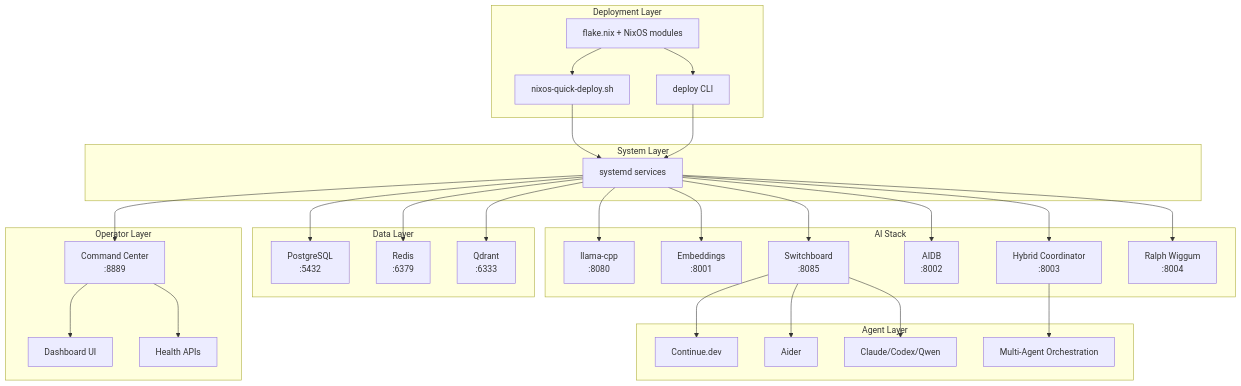
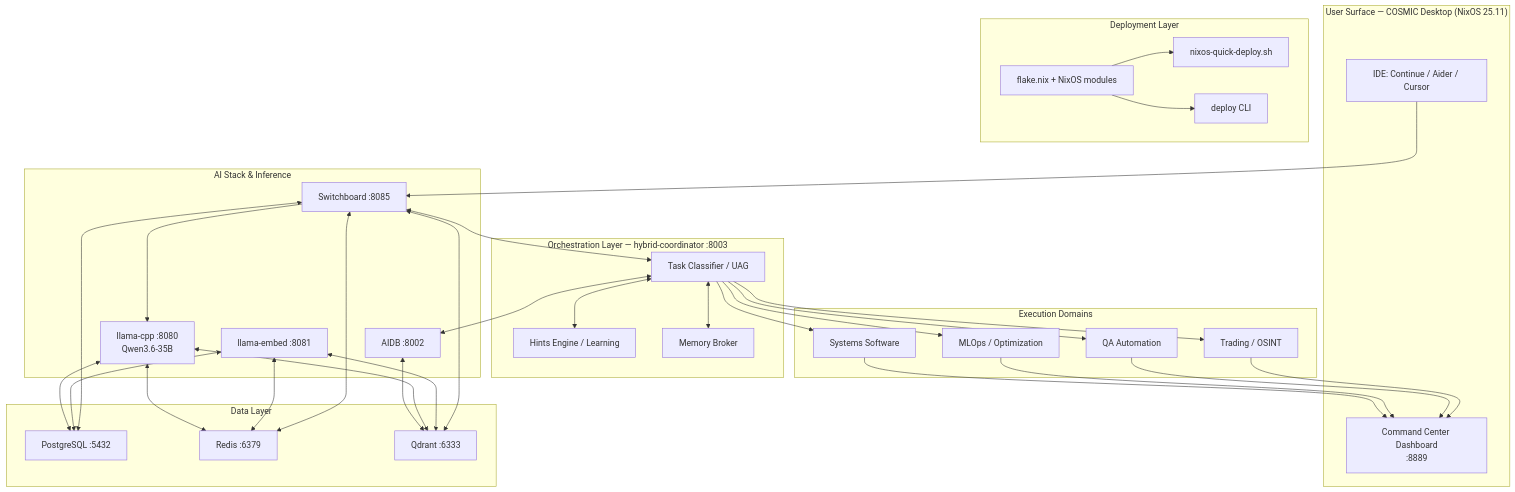
The diagram in README.md (MasterofNull/NixOS-Dev-Quick-Deploy), drawn with Mermaid before and after one commit. The commit also changed other lines of this file and 5 other files, not shown here.

First line of the commit message:
docs(readme): modernize system diagrams, pulse, and functional domains for external review

````diff
--- a/README.md
+++ b/README.md
@@ -113,40 +147,50 @@
 ```mermaid
 flowchart TD
+    subgraph UI["User Surface — COSMIC Desktop (NixOS 25.11)"]
+        Dash[Command Center Dashboard<br/>:8889]
+        IDE[IDE: Continue / Aider / Cursor]
+    end
+
     subgraph "Deployment Layer"
         A[flake.nix + NixOS modules] --> B[nixos-quick-deploy.sh]
         A --> C[deploy CLI]
     end
 
-    subgraph "System Layer"
-        B --> D[systemd services]
-        C --> D
+    subgraph "Orchestration Layer — hybrid-coordinator :8003"
+        I[Task Classifier / UAG]
+        H[Hints Engine / Learning]
+        M[Memory Broker]
     end
 
-    subgraph "AI Stack"
-        D --> E[llama-cpp<br/>:8080]
-        D --> F[Embeddings<br/>:8001]
-        D --> G[Switchboard<br/>:8085]
-        D --> H[AIDB<br/>:8002]
-        D --> I[Hybrid Coordinator<br/>:8003]
-        D --> J[Ralph Wiggum<br/>:8004]
+    subgraph "Execution Domains"
+        D1[Systems Software]
+        D2[MLOps / Optimization]
+        D3[QA Automation]
+        D4[Trading / OSINT]
+    end
+
+    subgraph "AI Stack & Inference"
+        G[Switchboard :8085]
+        E[llama-cpp :8080<br/>Qwen3.6-35B]
+        F[llama-embed :8081]
+        AIDB[AIDB :8002]
     end
 
     subgraph "Data Layer"
-        D --> K[PostgreSQL<br/>:5432]
-        D --> L[Redis<br/>:6379]
-        D --> M[Qdrant<br/>:6333]
+        K[PostgreSQL :5432]
+        L[Redis :6379]
+        Q[Qdrant :6333]
     end
 
-    subgraph "Operator Layer"
-        D --> N[Command Center<br/>:8889]
-        N --> O[Dashboard UI]
-        N --> P[Health APIs]
-    end
-
-    subgraph "Agent Layer"
-        G --> Q[Continue.dev]
-        G --> R[Aider]
-        G --> S[Claude/Codex/Qwen]
-        I --> T[Multi-Agent Orchestration]
-    end
+    %% Flow
+    IDE --> G
+    G --> E
+    G <--> I
+    I --> D1 & D2 & D3 & D4
+    I <--> M
+    I <--> H
+    I <--> AIDB
+    AIDB <--> Q
+    D1 & D2 & D3 & D4 --> Dash
+    E & F & G <--> K & L & Q
 ```
````
